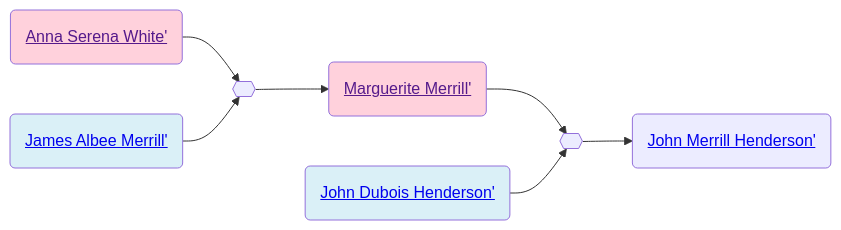
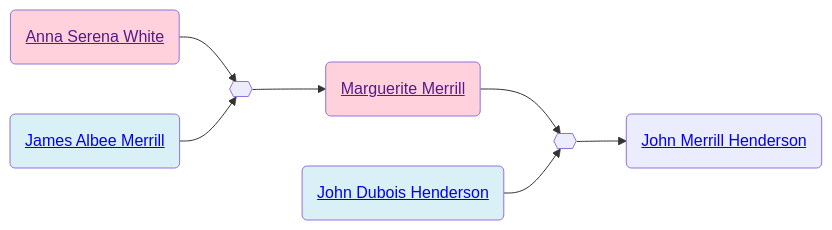
The second of 2 diagrams in familyhistory/sources/people/Merrill-line/White-line/Anna_Serena_White.qmd (neelsmith/avocational), drawn with Mermaid before and after one commit. The commit also changed other lines of this file and 96 other files, not shown here.

````diff
--- a/familyhistory/sources/people/Merrill-line/White-line/Anna_Serena_White.qmd
+++ b/familyhistory/sources/people/Merrill-line/White-line/Anna_Serena_White.qmd
@@ -81,20 +81,20 @@
 ```{mermaid}
 graph LR
 %% LR descendant diagram
 class Anna_Serena_White_and_James_Albee_Merrill marriage
-Anna_Serena_White(<a href=''>Anna Serena White'</>) --> Anna_Serena_White_and_James_Albee_Merrill{{ }}
-James_Albee_Merrill(<a href='./../James_Albee_Merrill.html'>James Albee Merrill'</>) --> Anna_Serena_White_and_James_Albee_Merrill{{ }}
+Anna_Serena_White(<a href=''>Anna Serena White</a>) --> Anna_Serena_White_and_James_Albee_Merrill{{ }}
+James_Albee_Merrill(<a href='./../James_Albee_Merrill.html'>James Albee Merrill</a>) --> Anna_Serena_White_and_James_Albee_Merrill{{ }}
 class James_Albee_Merrill father
 class Anna_Serena_White mother
-Anna_Serena_White_and_James_Albee_Merrill{{ }} --> Marguerite_Merrill(<a href='./../Marguerite_Merrill.html'>Marguerite Merrill'</>)
+Anna_Serena_White_and_James_Albee_Merrill{{ }} --> Marguerite_Merrill(<a href='./../Marguerite_Merrill.html'>Marguerite Merrill</a>)
 class Marguerite_Merrill_and_John_Dubois_Henderson marriage
-Marguerite_Merrill(<a href=''>Marguerite Merrill'</>) --> Marguerite_Merrill_and_John_Dubois_Henderson{{ }}
-John_Dubois_Henderson(<a href='./../Henderson-line/John_Dubois_Henderson.html'>John Dubois Henderson'</>) --> Marguerite_Merrill_and_John_Dubois_Henderson{{ }}
+Marguerite_Merrill(<a href=''>Marguerite Merrill</a>) --> Marguerite_Merrill_and_John_Dubois_Henderson{{ }}
+John_Dubois_Henderson(<a href='./../Henderson-line/John_Dubois_Henderson.html'>John Dubois Henderson</a>) --> Marguerite_Merrill_and_John_Dubois_Henderson{{ }}
 class John_Dubois_Henderson father
 class Marguerite_Merrill mother
-Marguerite_Merrill_and_John_Dubois_Henderson{{ }} --> John_Merrill_Henderson(<a href='./../Henderson-line/John_Merrill_Henderson.html'>John Merrill Henderson'</>)
+Marguerite_Merrill_and_John_Dubois_Henderson{{ }} --> John_Merrill_Henderson(<a href='./../Henderson-line/John_Merrill_Henderson.html'>John Merrill Henderson</a>)
 classDef mother fill:#ffd1dc
 classDef father fill:#daf0f7  
 classDef marriage fill:#ffffff
 
 ```
````
